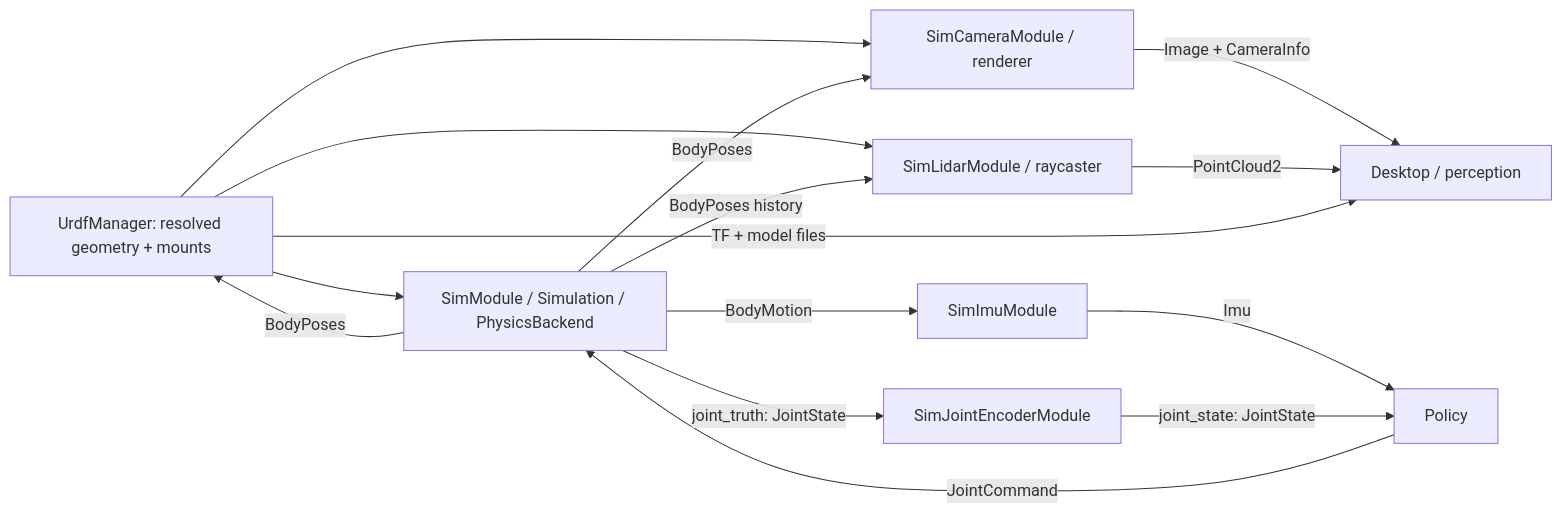
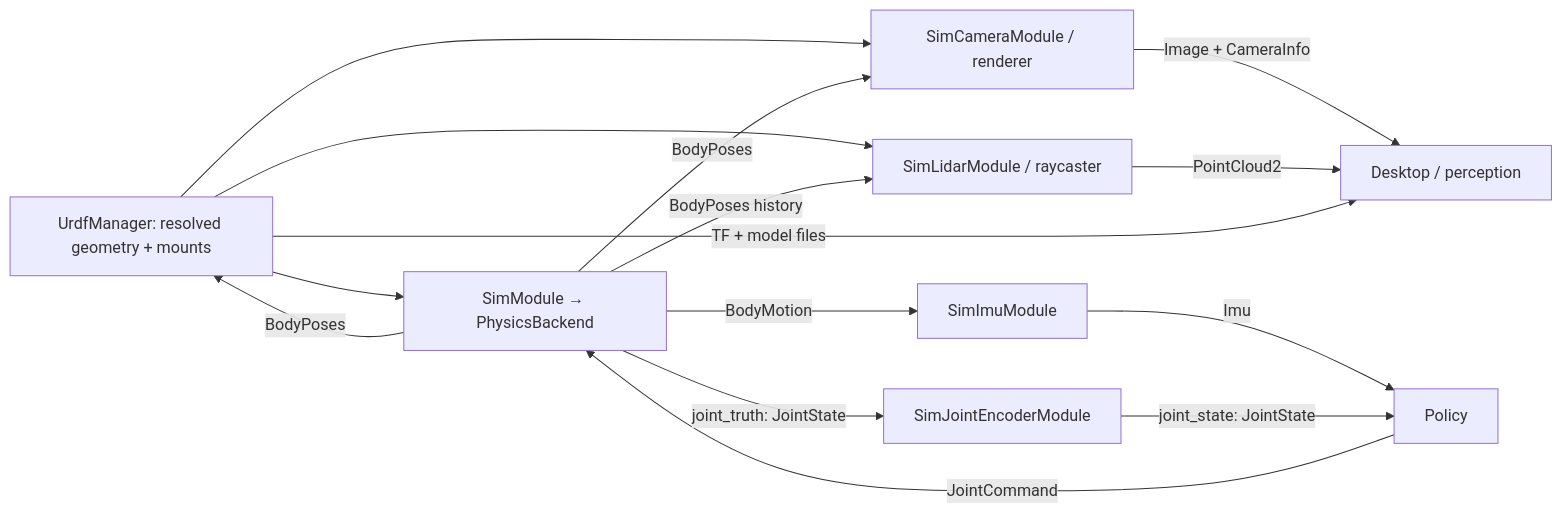
One commit to dimensionalOS/dimos changed the diagram in docs/development/sim2/README.md. Above: the diagram before and after it, drawn with Mermaid. The commit also changed other lines of this file and 14 other files, not shown here.

Commit message:
refactor(sim2): own execution directly in SimModule

````diff
--- a/docs/development/sim2/README.md
+++ b/docs/development/sim2/README.md
@@ -59,17 +58,17 @@
 ```mermaid
 flowchart LR
-    U["UrdfManager: resolved geometry + mounts"] --> P["SimModule / Simulation / PhysicsBackend"]
+    U["UrdfManager: resolved geometry + mounts"] --> P["SimModule → PhysicsBackend"]
     U --> C["SimCameraModule / renderer"]
     U --> L["SimLidarModule / raycaster"]
     P -->|BodyPoses| C
     P -->|BodyPoses history| L
     P -->|BodyPoses| U
     P -->|BodyMotion| I[SimImuModule]
     P -->|joint_truth: JointState| E[SimJointEncoderModule]
     I -->|Imu| R[Policy]
     E -->|joint_state: JointState| R
     R -->|JointCommand| P
     C -->|Image + CameraInfo| D[Desktop / perception]
     L -->|PointCloud2| D
     U -->|TF + model files| D
 ```
````
